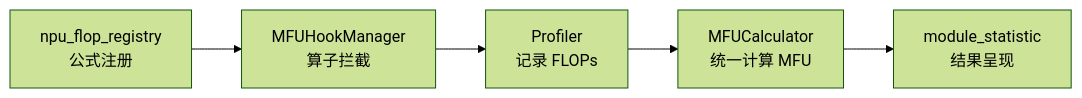
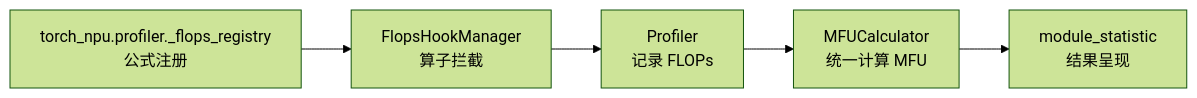
Before and after one commit to Ascend/msprof-analyze: the third of 3 diagrams in docs/zh/design/MFU采集与计算概要设计说明书.md, drawn with Mermaid (forest theme). The commit also changed other lines of this file and 16 other files, not shown here.

````diff
--- a/docs/zh/design/MFU采集与计算概要设计说明书.md
+++ b/docs/zh/design/MFU采集与计算概要设计说明书.md
@@ -201,7 +201,7 @@
 ```mermaid
 flowchart LR
-    A["npu_flop_registry<br/>公式注册"] --> B["MFUHookManager<br/>算子拦截"]
+    A["torch_npu.profiler._flops_registry<br/>公式注册"] --> B["FlopsHookManager<br/>算子拦截"]
     B --> C["Profiler<br/>记录 FLOPs"]
     C --> D["MFUCalculator<br/>统一计算 MFU"]
     D --> E["module_statistic<br/>结果呈现"]
 ```
````
